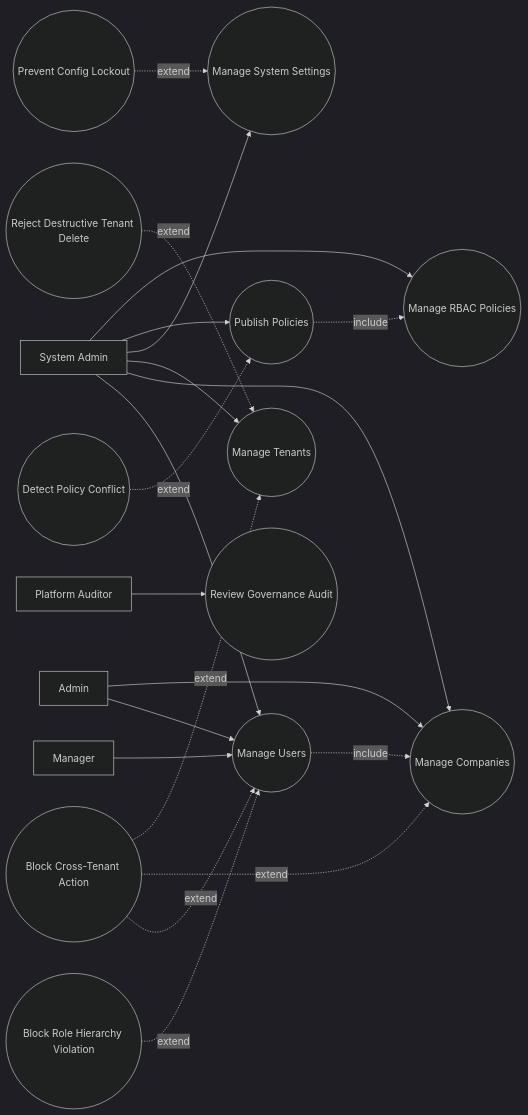
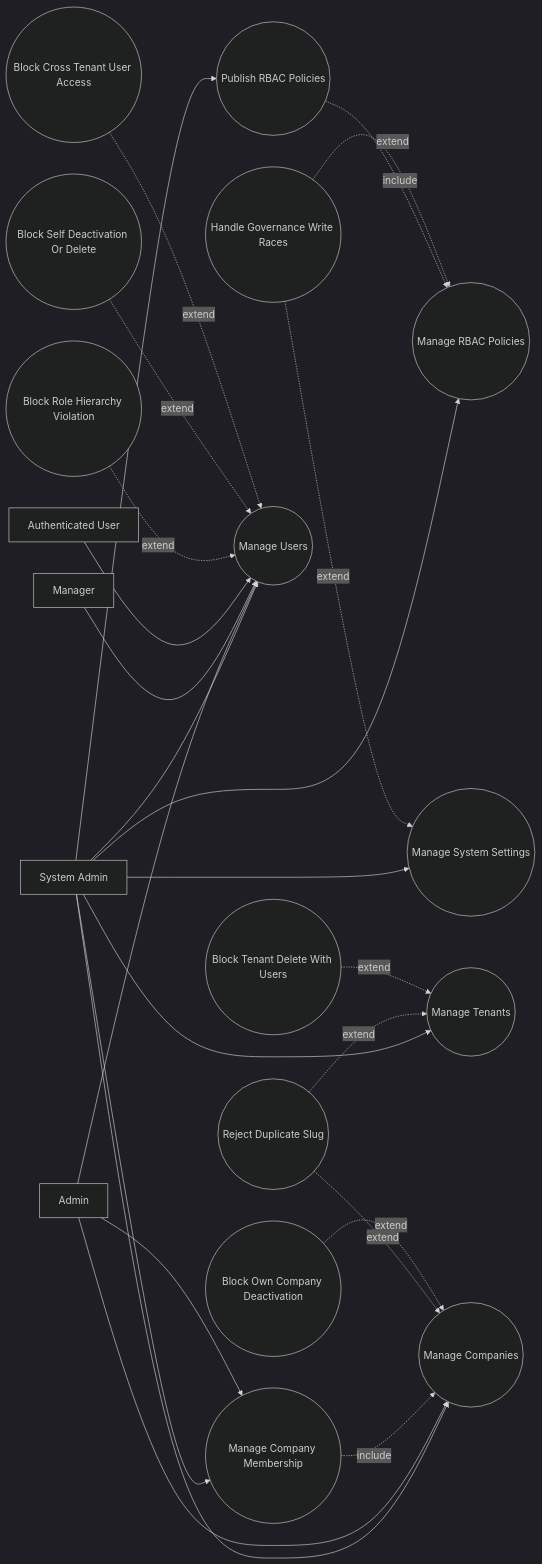
Before and after one commit to Yogevso/finale_project: the diagram in diagrams/phases/P1_GOVERNANCE_SETUP/USE_CASE.md, drawn with Mermaid (dark theme). The commit also changed other lines of this file and 23 other files, not shown here.

Commit message:
chore: update phase diagrams and frontend artifacts

````diff
--- a/diagrams/phases/P1_GOVERNANCE_SETUP/USE_CASE.md
+++ b/diagrams/phases/P1_GOVERNANCE_SETUP/USE_CASE.md
@@ -30,42 +30,49 @@
 ```mermaid
 flowchart LR
     SA[System Admin]
     AD[Admin]
     MG[Manager]
-    AU[Platform Auditor]
+    SELF[Authenticated User]
 
     UC1((Manage RBAC Policies))
-    UC2((Publish Policies))
+    UC2((Publish RBAC Policies))
     UC3((Manage System Settings))
     UC4((Manage Tenants))
     UC5((Manage Companies))
-    UC6((Manage Users))
-    UC7((Review Governance Audit))
+    UC6((Manage Company Membership))
+    UC7((Manage Users))
 
-    EX1((Detect Policy Conflict))
-    EX2((Block Cross-Tenant Action))
+    EX1((Reject Duplicate Slug))
+    EX2((Block Tenant Delete With Users))
     EX3((Block Role Hierarchy Violation))
-    EX4((Reject Destructive Tenant Delete))
-    EX5((Prevent Config Lockout))
+    EX4((Block Self Deactivation Or Delete))
+    EX5((Block Cross Tenant User Access))
+    EX6((Block Own Company Deactivation))
+    EX7((Handle Governance Write Races))
 
     SA --> UC1
     SA --> UC2
     SA --> UC3
     SA --> UC4
+    SA --> UC5
     AD --> UC5
-    SA --> UC5
-    MG --> UC6
+    SA --> UC6
     AD --> UC6
-    SA --> UC6
-    AU --> UC7
+    SA --> UC7
+    AD --> UC7
+    MG --> UC7
+    SELF --> UC7
 
     UC2 -. include .-> UC1
     UC6 -. include .-> UC5
-    EX1 -. extend .-> UC2
+
+    EX1 -. extend .-> UC4
+    EX1 -. extend .-> UC5
     EX2 -. extend .-> UC4
-    EX2 -. extend .-> UC5
-    EX2 -. extend .-> UC6
-    EX3 -. extend .-> UC6
-    EX4 -. extend .-> UC4
-    EX5 -. extend .-> UC3
+    EX3 -. extend .-> UC7
+    EX4 -. extend .-> UC7
+    EX5 -. extend .-> UC7
+    EX6 -. extend .-> UC5
+    EX7 -. extend .-> UC1
+    EX7 -. extend .-> UC3
 ```
````
